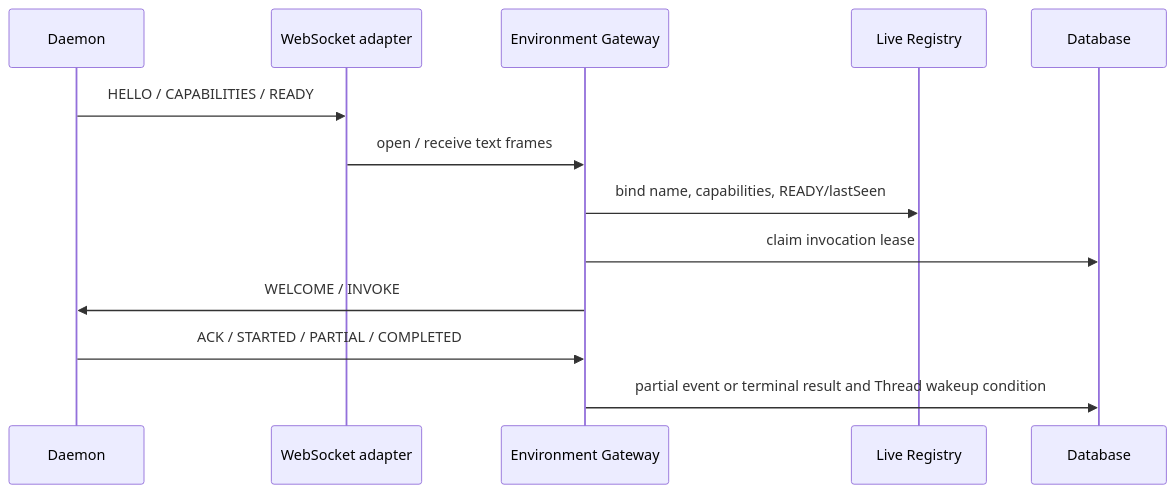
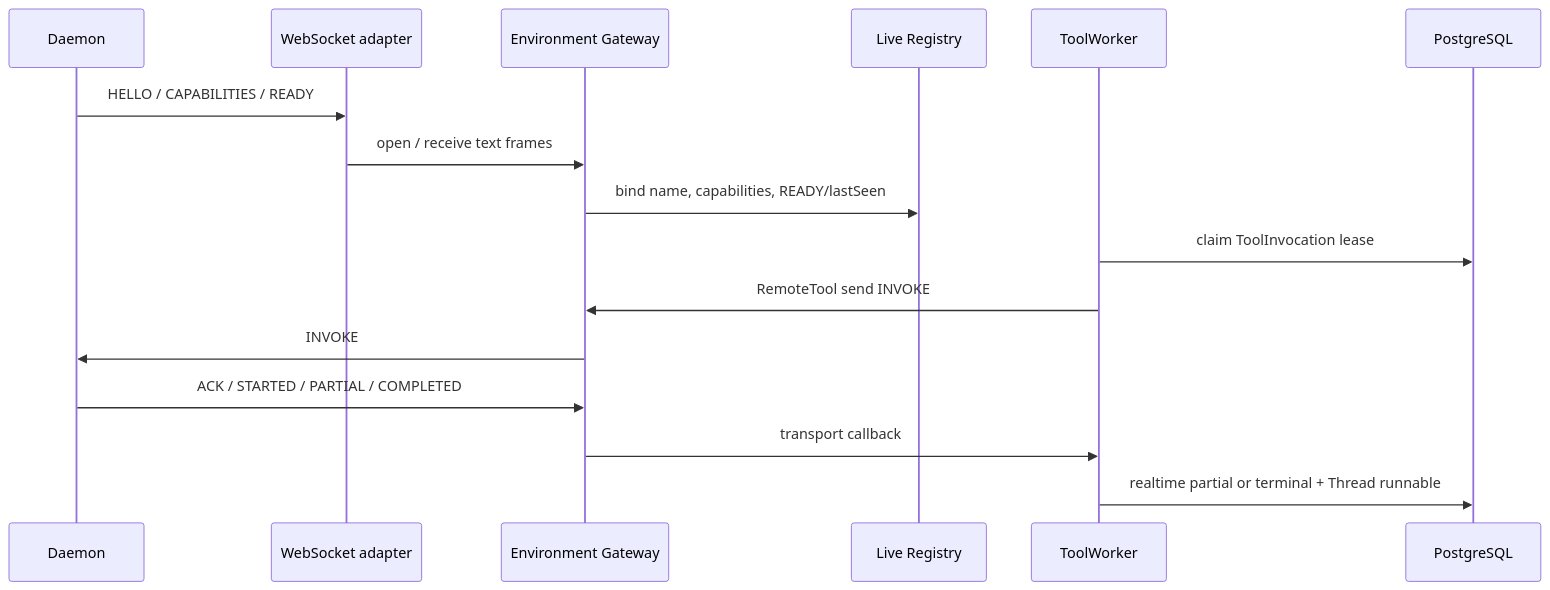
The diagram in docs/technical-solution/environment-daemon-gateway.md (fengwk/kk-studio), drawn with Mermaid before and after one commit. The commit also changed other lines of this file and 27 other files, not shown here.

Commit message:
docs(harness): align architecture and rebuild workflow

````diff
--- a/docs/technical-solution/environment-daemon-gateway.md
+++ b/docs/technical-solution/environment-daemon-gateway.md
@@ -106,16 +79,19 @@
 ```mermaid
 sequenceDiagram
     participant D as Daemon
     participant W as WebSocket adapter
     participant G as Environment Gateway
     participant R as Live Registry
-    participant DB as Database
+    participant TW as ToolWorker
+    participant DB as PostgreSQL
 
     D->>W: HELLO / CAPABILITIES / READY
     W->>G: open / receive text frames
     G->>R: bind name, capabilities, READY/lastSeen
-    G->>DB: claim invocation lease
-    G->>D: WELCOME / INVOKE
+    TW->>DB: claim ToolInvocation lease
+    TW->>G: RemoteTool send INVOKE
+    G->>D: INVOKE
     D->>G: ACK / STARTED / PARTIAL / COMPLETED
-    G->>DB: partial event or terminal result and Thread wakeup condition
+    G->>TW: transport callback
+    TW->>DB: realtime partial or terminal + Thread runnable
 ```
````
